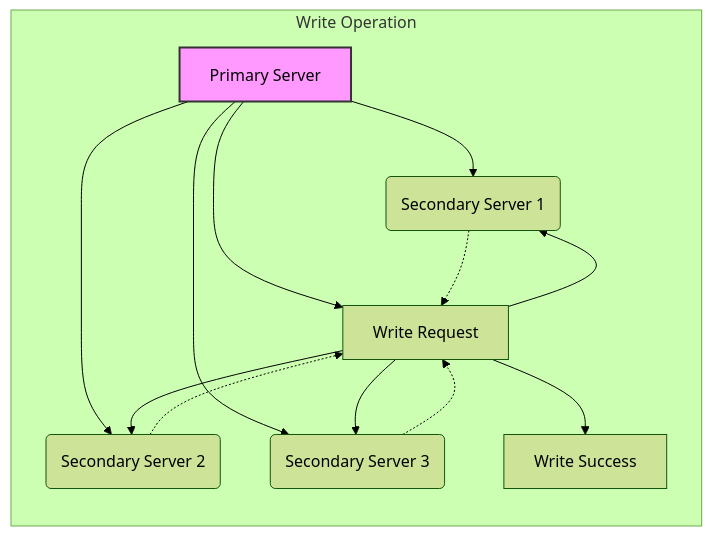
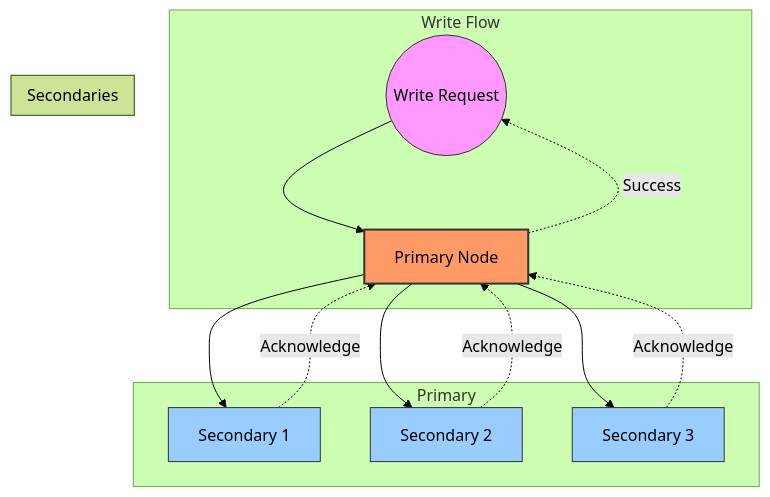
One commit to muthuspark/system-design changed the first of 4 diagrams in posts/data-management/replication-strategies/index.qmd. Above: the diagram before and after it, drawn with Mermaid (forest theme). The commit also changed other lines of this file and 302 other files, not shown here.

````diff
--- a/posts/data-management/replication-strategies/index.qmd
+++ b/posts/data-management/replication-strategies/index.qmd
@@ -30,17 +27,30 @@
 ```{mermaid}
-graph LR
-    A[Primary Server] --> B(Secondary Server 1);
-    A --> C(Secondary Server 2);
-    A --> D(Secondary Server 3);
-    style A fill:#f9f,stroke:#333,stroke-width:2px
-    subgraph "Write Operation"
-        A --> W[Write Request]
-        W --> B;
-        W --> C;
-        W --> D;
-        B -.-> W;
-        C -.-> W;
-        D -.-> W;
-        W --> S[Write Success];
+graph TB
+    subgraph Write Flow
+        W((Write Request)) --> P
     end
+
+    subgraph Primary
+        P[Primary Node] --> S1
+        P --> S2
+        P --> S3
+    end
+
+    subgraph Secondaries
+        S1[Secondary 1]
+        S2[Secondary 2]
+        S3[Secondary 3]
+    end
+
+    S1 -.->|Acknowledge| P
+    S2 -.->|Acknowledge| P
+    S3 -.->|Acknowledge| P
+    
+    P -.->|Success| W
+
+    style P fill:#f96,stroke:#333,stroke-width:2px
+    style S1 fill:#9cf,stroke:#333
+    style S2 fill:#9cf,stroke:#333
+    style S3 fill:#9cf,stroke:#333
+    style W fill:#f9f,stroke:#333
 ```
````
